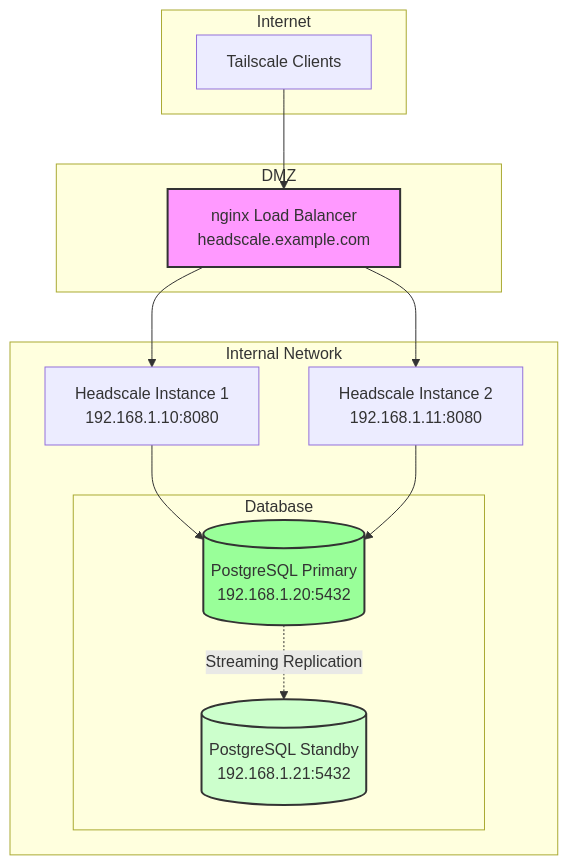
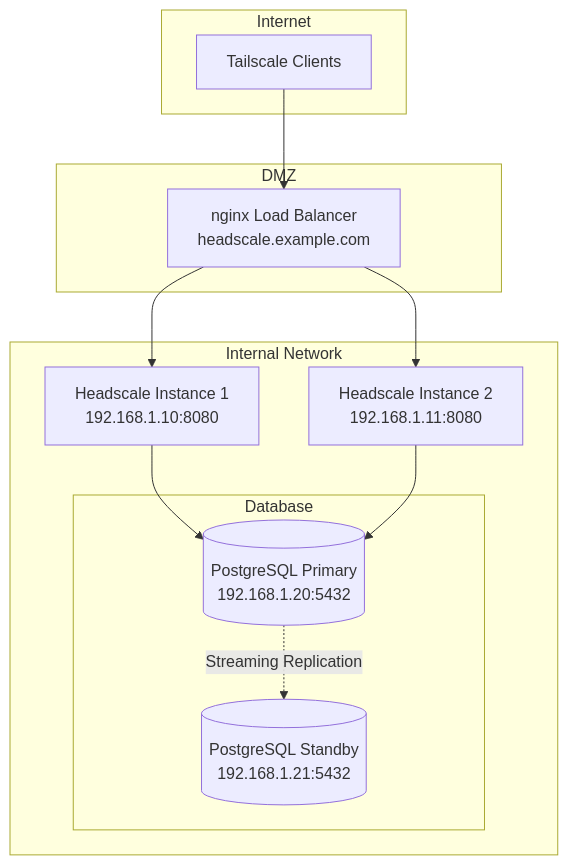
One commit to vicaya/headscale changed the third of 5 diagrams in docs/setup/install/ha.md. Above: the diagram before and after it, drawn with Mermaid. The commit also changed other lines of this file, not shown here.

Commit message:
Remove mermaid diagram background fills and add DERP workaround in K8s example

````diff
--- a/docs/setup/install/ha.md
+++ b/docs/setup/install/ha.md
@@ -616,31 +609,27 @@
 ```mermaid
 graph TB
     subgraph "Internet"
         CLIENT[Tailscale Clients]
     end
     
     subgraph "DMZ"
         LB[nginx Load Balancer<br/>headscale.example.com]
     end
     
     subgraph "Internal Network"
         HS1[Headscale Instance 1<br/>192.168.1.10:8080]
         HS2[Headscale Instance 2<br/>192.168.1.11:8080]
         
         subgraph "Database"
             PG_PRIMARY[(PostgreSQL Primary<br/>192.168.1.20:5432)]
             PG_STANDBY[(PostgreSQL Standby<br/>192.168.1.21:5432)]
         end
     end
     
     CLIENT --> LB
     LB --> HS1
     LB --> HS2
     HS1 --> PG_PRIMARY
     HS2 --> PG_PRIMARY
     PG_PRIMARY -.Streaming Replication.-> PG_STANDBY
-    
-    style LB fill:#f9f,stroke:#333,stroke-width:2px
-    style PG_PRIMARY fill:#9f9,stroke:#333,stroke-width:2px
-    style PG_STANDBY fill:#cfc,stroke:#333,stroke-width:2px
 ```
````
